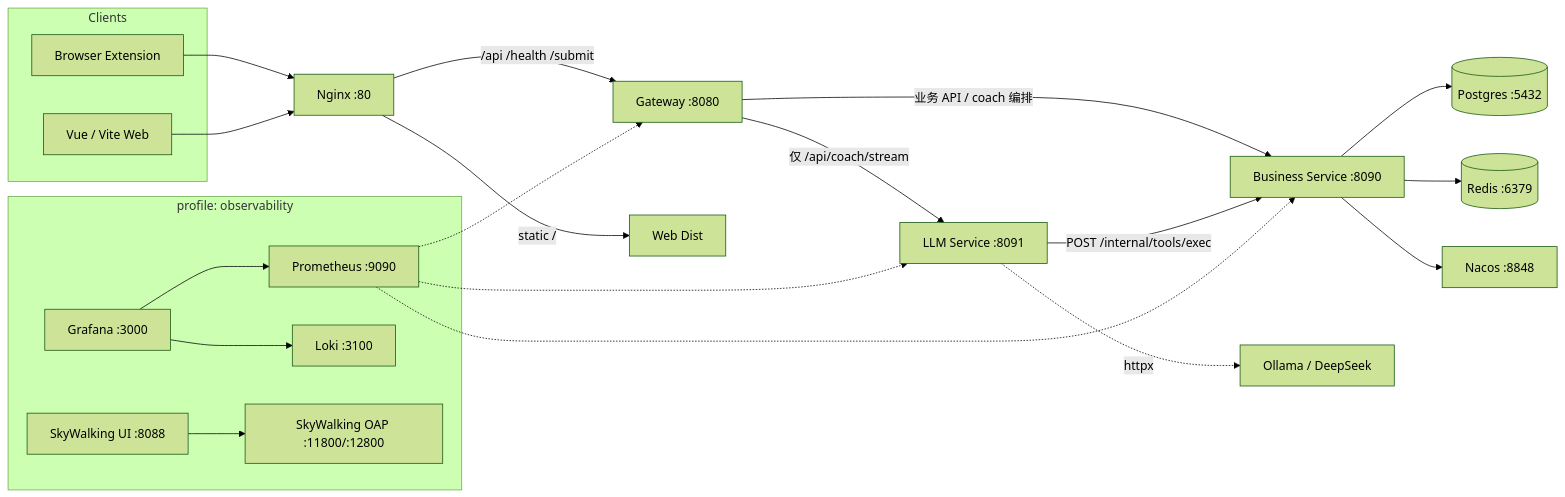
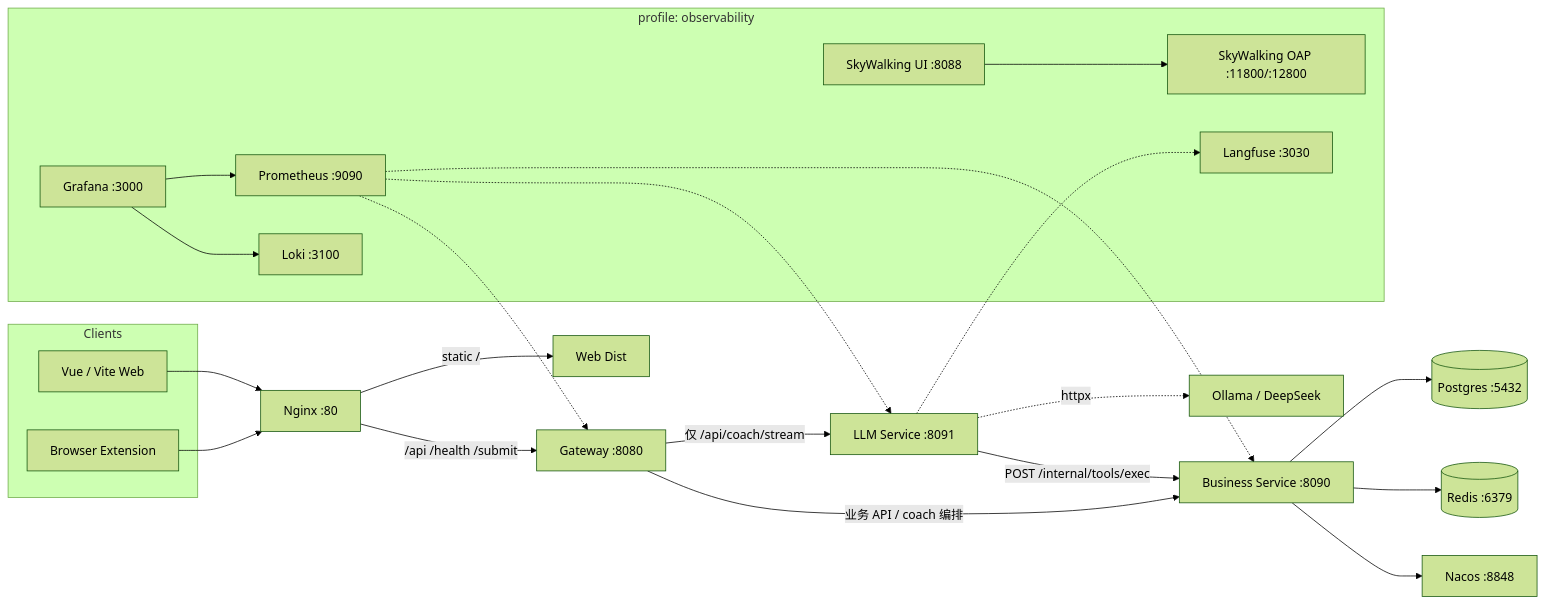
The diagram in docs/architecture/OVERVIEW.md (cungphammanh590-star/CodeArena), drawn with Mermaid (forest theme) before and after one commit. The commit also changed other lines of this file and 108 other files, not shown here.

````diff
--- a/docs/architecture/OVERVIEW.md
+++ b/docs/architecture/OVERVIEW.md
@@ -9,42 +9,44 @@
 ```mermaid
 flowchart LR
   subgraph Clients
     Ext[Browser Extension]
     Web[Vue / Vite Web]
   end
 
   Nginx[Nginx :80]
   GW[Gateway :8080]
   Biz[Business Service :8090]
   LLM[LLM Service :8091]
   PG[(Postgres :5432)]
   Redis[(Redis :6379)]
   Nacos[Nacos :8848]
 
   Ext --> Nginx
   Web --> Nginx
   Nginx -->|/api /health /submit| GW
   Nginx -->|static /| WebDist[Web Dist]
   GW -->|业务 API / coach 编排| Biz
   GW -->|仅 /api/coach/stream| LLM
   LLM -->|POST /internal/tools/exec| Biz
   LLM -.->|httpx| UpstreamLLM[Ollama / DeepSeek]
   Biz --> PG
   Biz --> Redis
   Biz --> Nacos
 
   subgraph Observability["profile: observability"]
     Prom[Prometheus :9090]
     Graf[Grafana :3000]
     Loki[Loki :3100]
     SWOAP[SkyWalking OAP :11800/:12800]
     SWUI[SkyWalking UI :8088]
+    LF[Langfuse :3030]
   end
 
   Prom -.-> GW
   Prom -.-> Biz
   Prom -.-> LLM
   Graf --> Prom
   Graf --> Loki
   SWUI --> SWOAP
+  LLM -.-> LF
 ```
````
